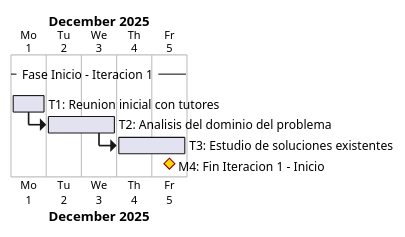
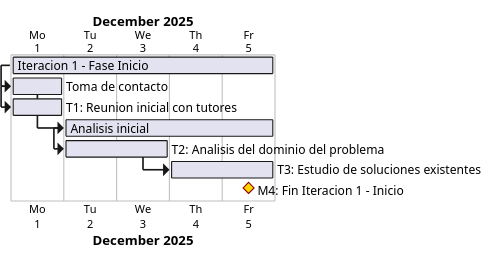
One commit to ErDeivih/DocumentChain changed the diagram in anexos/diagramas/gantt-inicio1.puml. Above: the diagram before and after it, drawn with PlantUML. The commit also changed 214 other files, not shown here.

```diff
--- a/anexos/diagramas/gantt-inicio1.puml
+++ b/anexos/diagramas/gantt-inicio1.puml
@@ -1,12 +1,22 @@
 @startgantt
 skinparam backgroundColor White
-printscale daily zoom 2
+printscale daily zoom 3
 Project starts 2025-12-01
 
--- Fase Inicio - Iteracion 1 --
+[Iteracion 1 - Fase Inicio] lasts 5 days
+
+[Toma de contacto] lasts 1 day
+[Toma de contacto] starts at [Iteracion 1 - Fase Inicio]'s start
 [T1: Reunion inicial con tutores] lasts 1 day
-then [T2: Analisis del dominio del problema] lasts 2 days
-then [T3: Estudio de soluciones existentes] lasts 2 days
-[M4: Fin Iteracion 1 - Inicio] happens at [T3: Estudio de soluciones existentes]'s end
+[T1: Reunion inicial con tutores] starts at [Toma de contacto]'s start
+
+[Analisis inicial] lasts 4 days
+[Analisis inicial] starts at [Toma de contacto]'s end
+[T2: Analisis del dominio del problema] lasts 2 days
+[T2: Analisis del dominio del problema] starts at [Analisis inicial]'s start
+[T3: Estudio de soluciones existentes] lasts 2 days
+[T3: Estudio de soluciones existentes] starts at [T2: Analisis del dominio del problema]'s end
+
+[M4: Fin Iteracion 1 - Inicio] happens at [Iteracion 1 - Fase Inicio]'s end
 [M4: Fin Iteracion 1 - Inicio] is colored in Gold/DarkRed
 @endgantt
```
